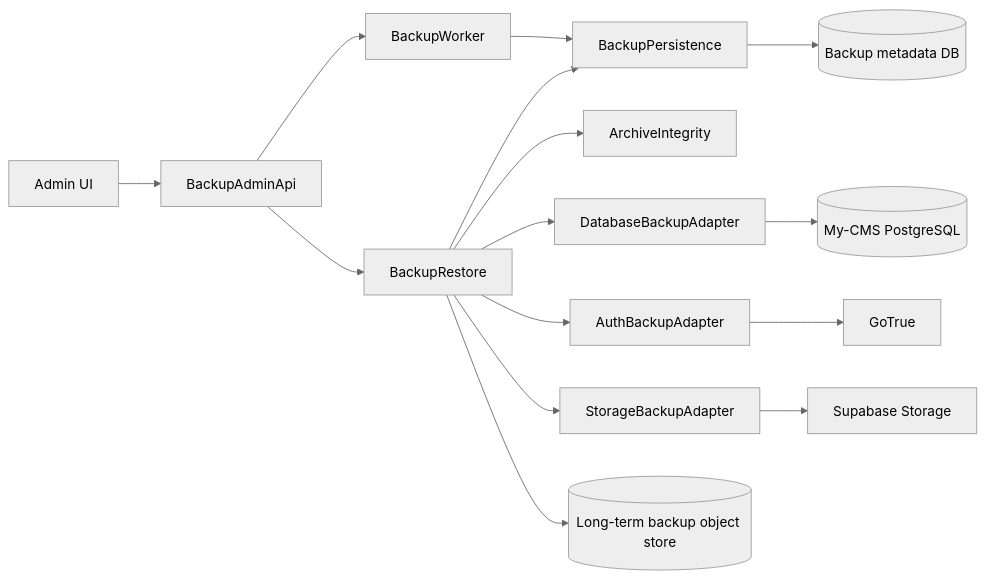
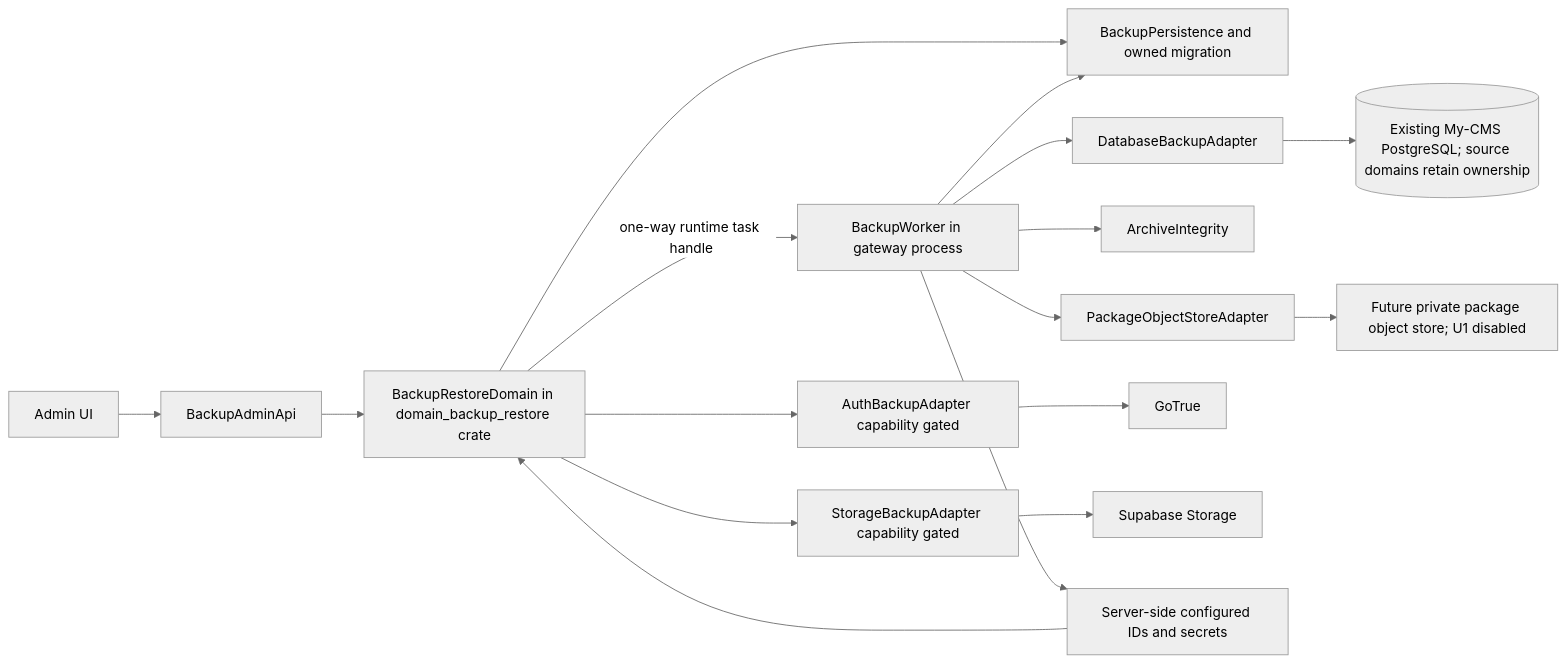
One commit to doitsu2014/my-cms changed the diagram in aidlc/spaces/default/intents/261117-backup-restore/inception/domain-design/components.md. Above: the diagram before and after it, drawn with Mermaid (neutral theme). The commit also changed other lines of this file and 66 other files, not shown here.

Commit message:
Continue backup/restore workflow artifacts

````diff
--- a/aidlc/spaces/default/intents/261117-backup-restore/inception/domain-design/components.md
+++ b/aidlc/spaces/default/intents/261117-backup-restore/inception/domain-design/components.md
@@ -248,17 +291,19 @@
 ```mermaid
 flowchart LR
-  Admin[Admin UI] --> Api[BackupAdminApi]
-  Api --> Worker[BackupWorker]
-  Api --> Orchestrator[BackupRestore]
-  Orchestrator --> Persistence[BackupPersistence]
+  UI[Admin UI] --> API[BackupAdminApi]
+  API --> Domain[BackupRestoreDomain in domain_backup_restore crate]
+  Domain --> Persistence[BackupPersistence and owned migration]
+  Domain -->|one-way runtime task handle| Worker[BackupWorker in gateway process]
   Worker --> Persistence
-  Orchestrator --> Archive[ArchiveIntegrity]
-  Orchestrator --> DbAdapter[DatabaseBackupAdapter]
-  Orchestrator --> AuthAdapter[AuthBackupAdapter]
-  Orchestrator --> StorageAdapter[StorageBackupAdapter]
-  DbAdapter --> Db[(My-CMS PostgreSQL)]
+  Worker --> DBAdapter[DatabaseBackupAdapter]
+  Worker --> Archive[ArchiveIntegrity]
+  Worker --> PackageStoreAdapter[PackageObjectStoreAdapter]
+  PackageStoreAdapter --> PackageStore[Future private package object store; U1 disabled]
+  Domain --> AuthAdapter[AuthBackupAdapter capability gated]
+  Domain --> StorageAdapter[StorageBackupAdapter capability gated]
+  DBAdapter --> SourceDB[(Existing My-CMS PostgreSQL; source domains retain ownership)]
   AuthAdapter --> GoTrue[GoTrue]
-  StorageAdapter --> SupaStorage[Supabase Storage]
-  Persistence --> Meta[(Backup metadata DB)]
-  Orchestrator --> BackupStore[(Long-term backup object store)]
+  StorageAdapter --> Storage[Supabase Storage]
+  Config[Server-side configured IDs and secrets] --> Domain
+  Worker --> Config
 ```
````
